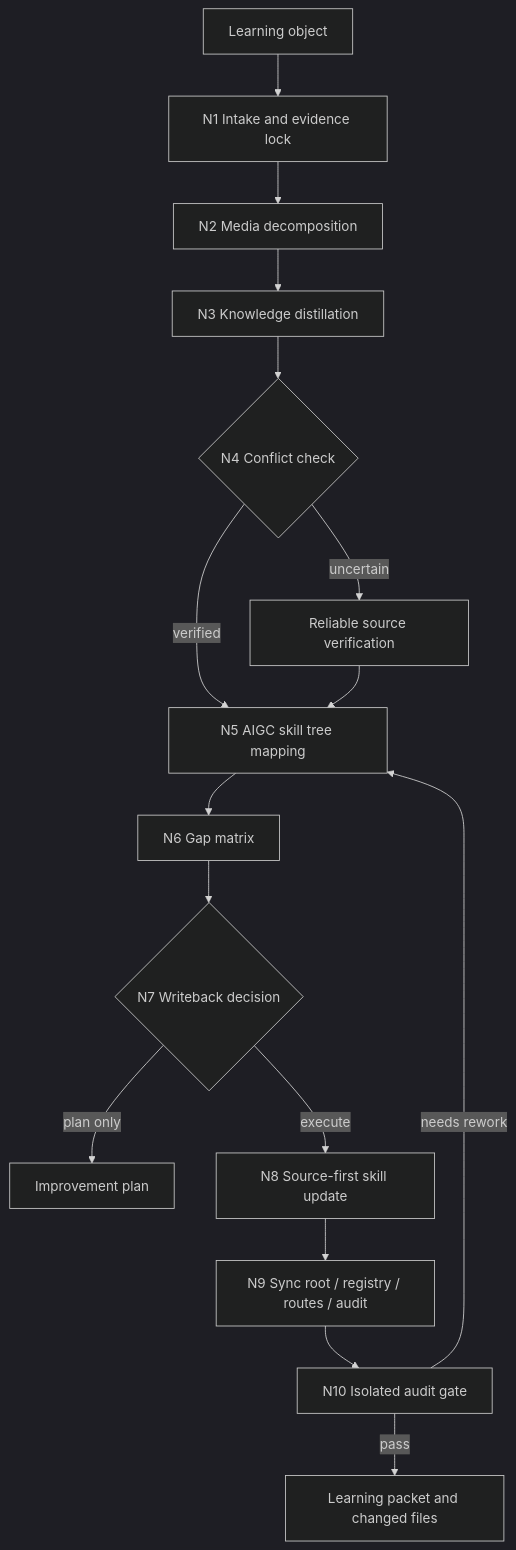
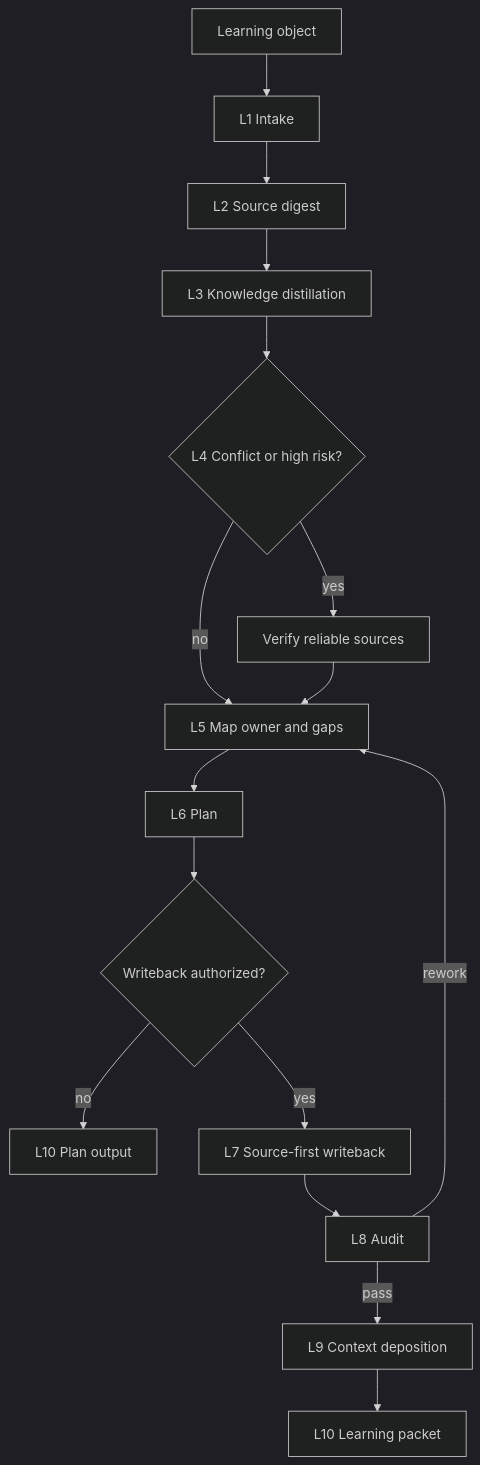
Before and after one commit to ZEN-VOID/AI-CUT: the diagram in .agents/skills/aigc/learn/SKILL.md, drawn with Mermaid (dark theme). The commit also changed other lines of this file and 739 other files, not shown here.

````diff
--- a/.agents/skills/aigc/learn/SKILL.md
+++ b/.agents/skills/aigc/learn/SKILL.md
@@ -90,18 +107,18 @@
 ```mermaid
 flowchart TD
-    A["Learning object"] --> B["N1 Intake and evidence lock"]
-    B --> C["N2 Media decomposition"]
-    C --> D["N3 Knowledge distillation"]
-    D --> E{"N4 Conflict check"}
-    E -->|"verified"| F["N5 AIGC skill tree mapping"]
-    E -->|"uncertain"| V["Reliable source verification"]
-    V --> F
-    F --> G["N6 Gap matrix"]
-    G --> H{"N7 Writeback decision"}
-    H -->|"plan only"| P["Improvement plan"]
-    H -->|"execute"| I["N8 Source-first skill update"]
-    I --> J["N9 Sync root / registry / routes / audit"]
-    J --> K["N10 Isolated audit gate"]
-    K -->|"pass"| L["Learning packet and changed files"]
-    K -->|"needs rework"| F
+    A["Learning object"] --> B["L1 Intake"]
+    B --> C["L2 Source digest"]
+    C --> D["L3 Knowledge distillation"]
+    D --> E{"L4 Conflict or high risk?"}
+    E -->|"yes"| F["Verify reliable sources"]
+    E -->|"no"| G["L5 Map owner and gaps"]
+    F --> G
+    G --> H["L6 Plan"]
+    H --> I{"Writeback authorized?"}
+    I -->|"no"| Z["L10 Plan output"]
+    I -->|"yes"| J["L7 Source-first writeback"]
+    J --> K["L8 Audit"]
+    K -->|"pass"| L["L9 Context deposition"]
+    K -->|"rework"| G
+    L --> M["L10 Learning packet"]
 ```
````
